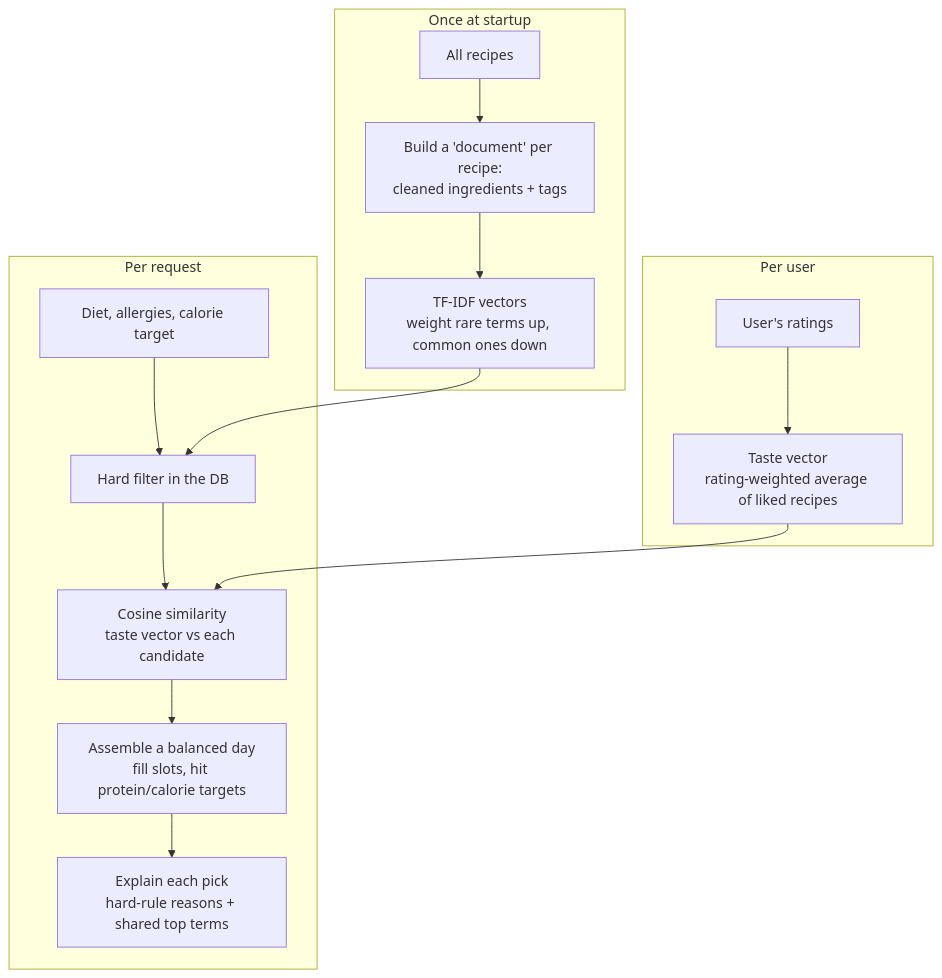
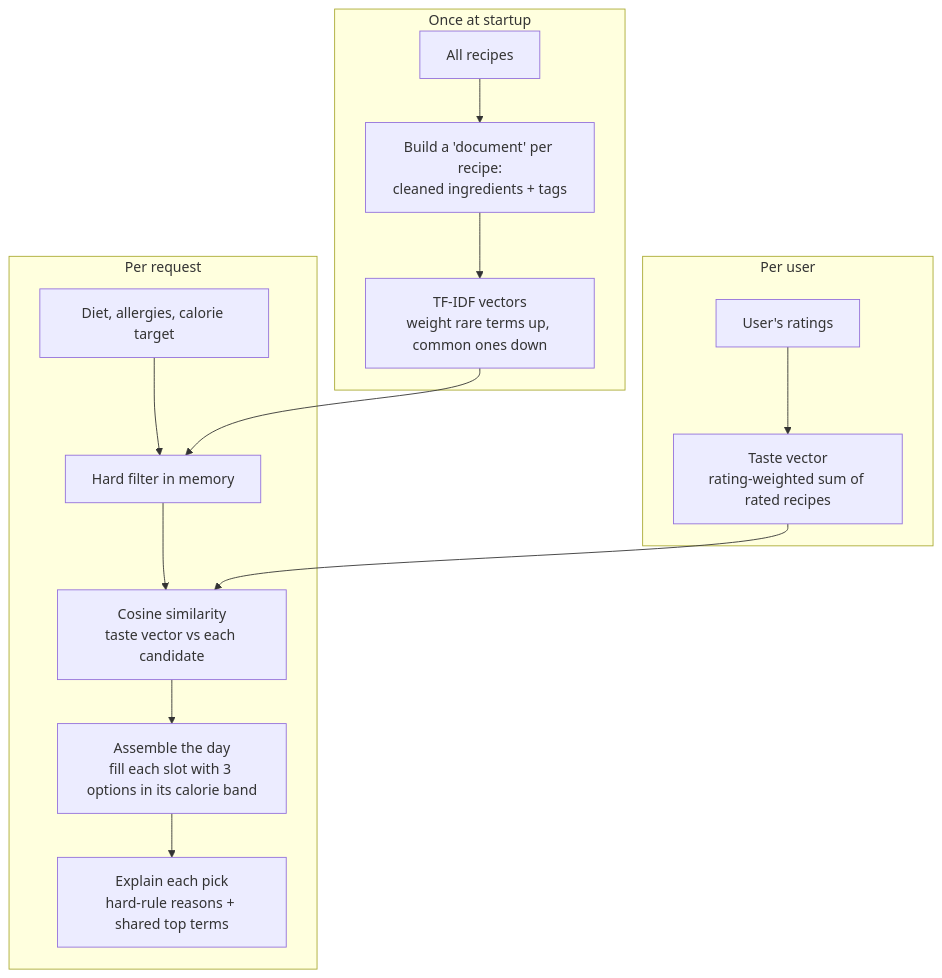
One commit to Tejas1305/13_Tejas.D-diet-recommender changed the diagram in docs/ml_logic.md. Above: the diagram before and after it, drawn with Mermaid. The commit also changed other lines of this file and 10 other files, not shown here.

````diff
--- a/docs/ml_logic.md
+++ b/docs/ml_logic.md
@@ -11,20 +11,20 @@
 ```mermaid
 graph TD
     subgraph Once at startup
         R[All recipes] --> DOC[Build a 'document' per recipe:<br/>cleaned ingredients + tags]
         DOC --> TFIDF[TF-IDF vectors<br/>weight rare terms up, common ones down]
     end
 
     subgraph Per user
-        RAT[User's ratings] --> TASTE[Taste vector<br/>rating-weighted average of liked recipes]
+        RAT[User's ratings] --> TASTE[Taste vector<br/>rating-weighted sum of rated recipes]
     end
 
     subgraph Per request
-        PREF[Diet, allergies, calorie target] --> FILT[Hard filter in the DB]
+        PREF[Diet, allergies, calorie target] --> FILT[Hard filter in memory]
         TFIDF --> FILT
         FILT --> SCORE[Cosine similarity<br/>taste vector vs each candidate]
         TASTE --> SCORE
-        SCORE --> PLAN[Assemble a balanced day<br/>fill slots, hit protein/calorie targets]
+        SCORE --> PLAN[Assemble the day<br/>fill each slot with 3 options in its calorie band]
         PLAN --> EXP[Explain each pick<br/>hard-rule reasons + shared top terms]
     end
 ```
````
